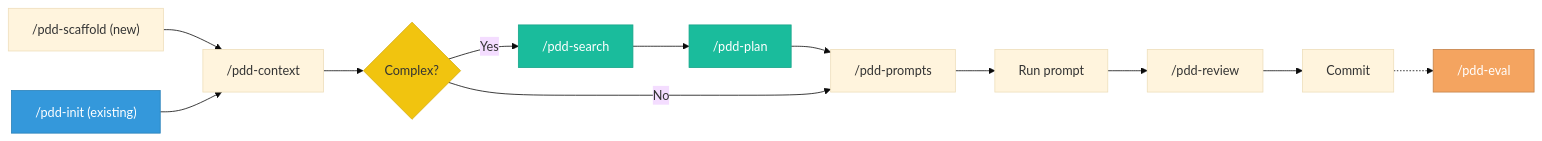
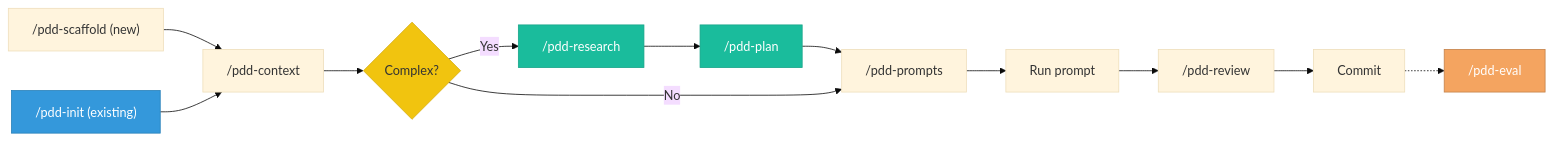
One commit to harshal2802/pdd-skill changed the diagram in copilot/README.md. Above: the diagram before and after it, drawn with Mermaid (base theme). The commit also changed other lines of this file and 9 other files, not shown here.

First line of the commit message:
Replace pdd-search with pdd-research for broader problem-space exploration

````diff
--- a/copilot/README.md
+++ b/copilot/README.md
@@ -78,18 +78,18 @@
 ```mermaid
 flowchart LR
     A["/pdd-scaffold (new)"] --> B["/pdd-context"]
     A2["/pdd-init (existing)"] --> B
     B --> S{Complex?}
-    S -- Yes --> C["/pdd-search"] --> D["/pdd-plan"] --> E
+    S -- Yes --> C["/pdd-research"] --> D["/pdd-plan"] --> E
     S -- No --> E["/pdd-prompts"]
     E --> F["Run prompt"]
     F --> G["/pdd-review"]
     G --> H["Commit"]
     H -.-> I["/pdd-eval"]
 
     style A2 fill:#3498db,stroke:#2980b9,color:#fff
     style S fill:#f1c40f,stroke:#d4ac0d,color:#333
     style C fill:#1abc9c,stroke:#17a589,color:#fff
     style D fill:#1abc9c,stroke:#17a589,color:#fff
     style I fill:#f4a460,stroke:#c4824a,color:#fff
 ```
````
